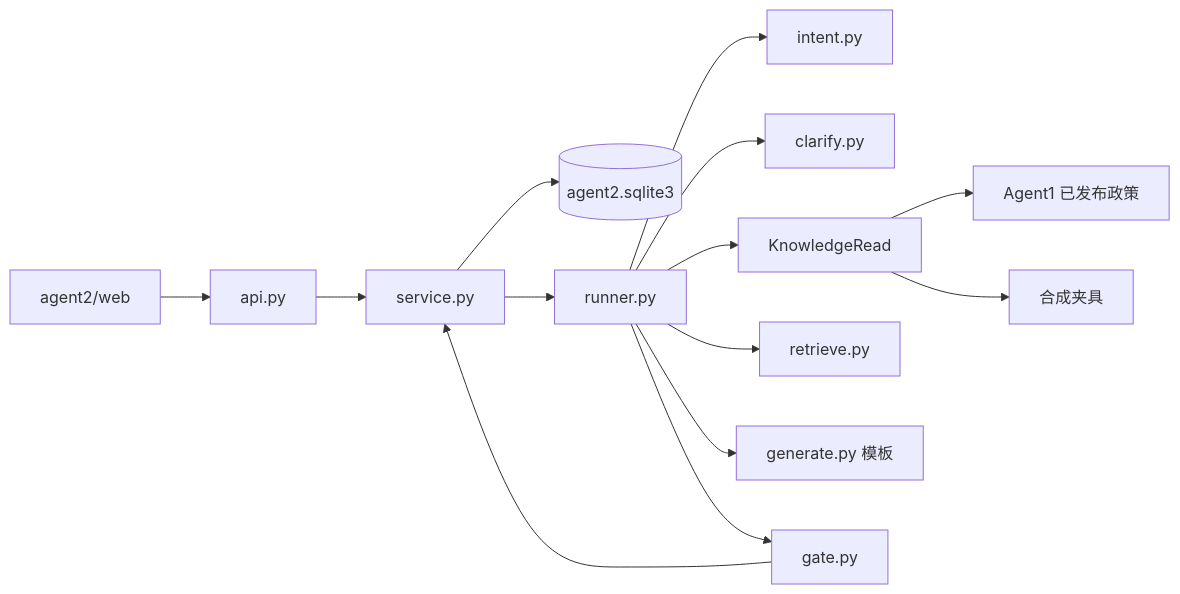
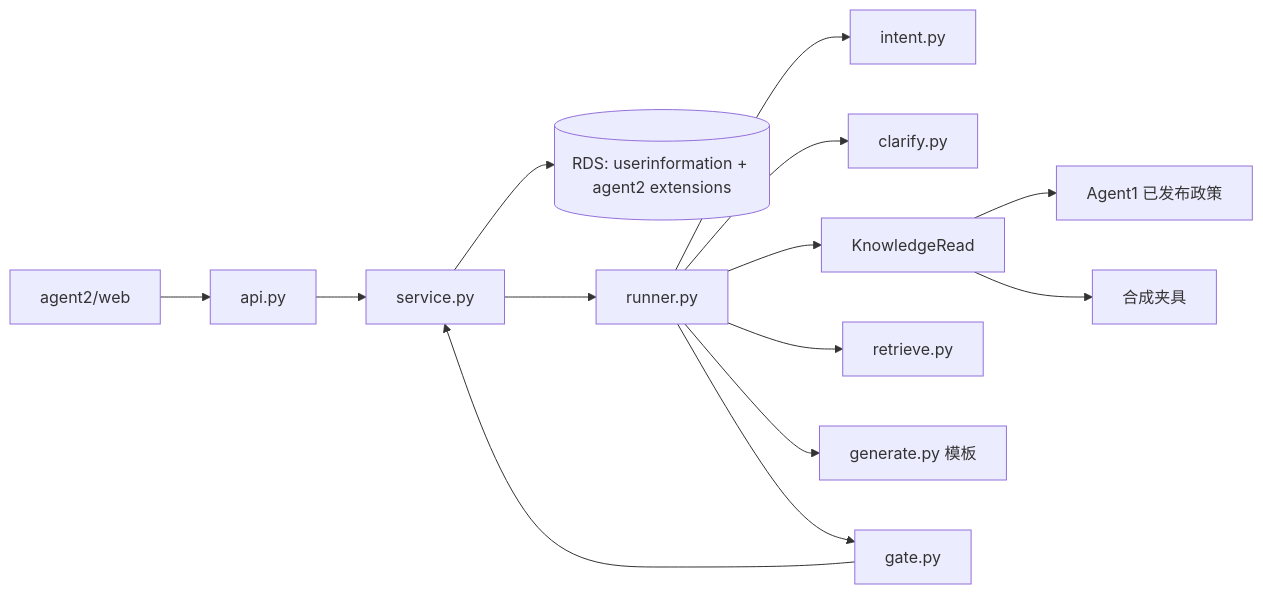
Before and after one commit to LWtiffany/GlobalPathway: the diagram in docs/agent2-framework.md, drawn with Mermaid. The commit also changed other lines of this file and 11 other files, not shown here.

Commit message:
feat(agent2): centralize profiles and advice refresh in RDS

````diff
--- a/docs/agent2-framework.md
+++ b/docs/agent2-framework.md
@@ -9,16 +9,16 @@
 ```mermaid
 flowchart LR
   Web["agent2/web"] --> API["api.py"]
   API --> Svc["service.py"]
-  Svc --> Store[("agent2.sqlite3")]
+  Svc --> Store[("RDS: userinformation + agent2 extensions")]
   Svc --> Runner["runner.py"]
   Runner --> Intent["intent.py"]
   Runner --> Clarify["clarify.py"]
   Runner --> Read["KnowledgeRead"]
   Read --> A1["Agent1 已发布政策"]
   Read --> Fix["合成夹具"]
   Runner --> Retrieve["retrieve.py"]
   Runner --> Gen["generate.py 模板"]
   Runner --> Gate["gate.py"]
   Gate --> Svc
 ```
````
